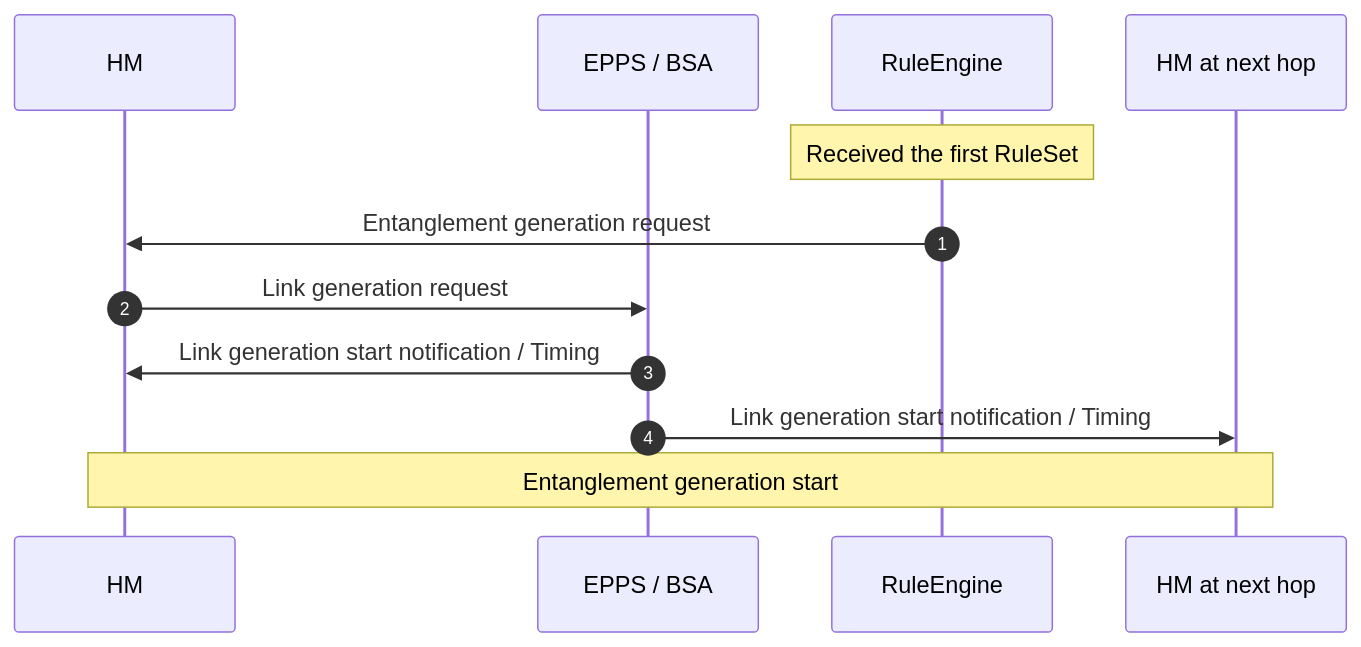
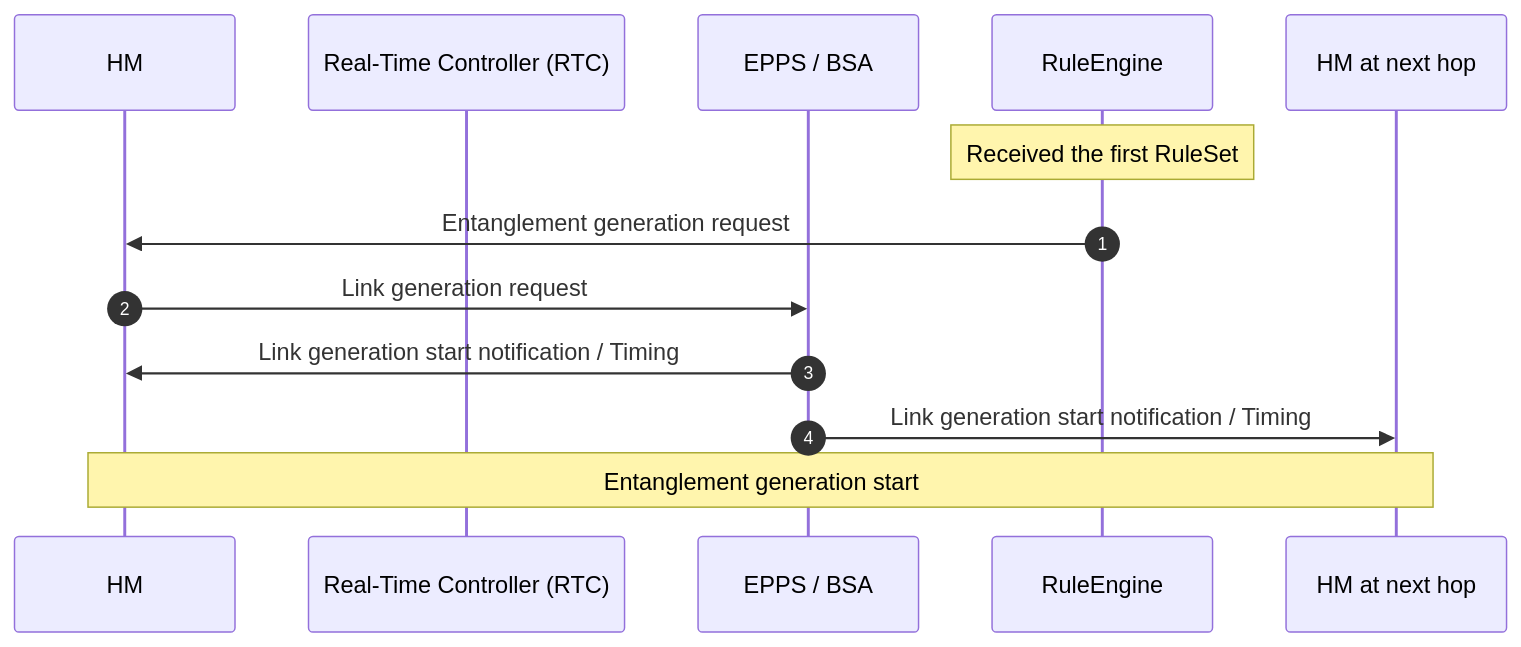
One commit to sfc-aqua/qrsa changed the third of 7 diagrams in hardware_monitor/README.md. Above: the diagram before and after it, drawn with Mermaid. The commit also changed other lines of this file and 9 other files, not shown here.

````diff
--- a/hardware_monitor/README.md
+++ b/hardware_monitor/README.md
@@ -111,17 +116,18 @@
 ```mermaid
 sequenceDiagram
 autonumber
 
 participant hm as HM
+participant rtc as Real-Time Controller (RTC)
 participant epbs as EPPS / BSA
 participant re as RuleEngine
 participant hm2 as HM at next hop
 
 Note over re: Received the first RuleSet
 re ->> hm: Entanglement generation request
 hm ->> epbs: Link generation request
 epbs ->> hm: Link generation start notification / Timing
 epbs ->> hm2: Link generation start notification / Timing
 
 Note over hm, hm2: Entanglement generation start
 ```
````
